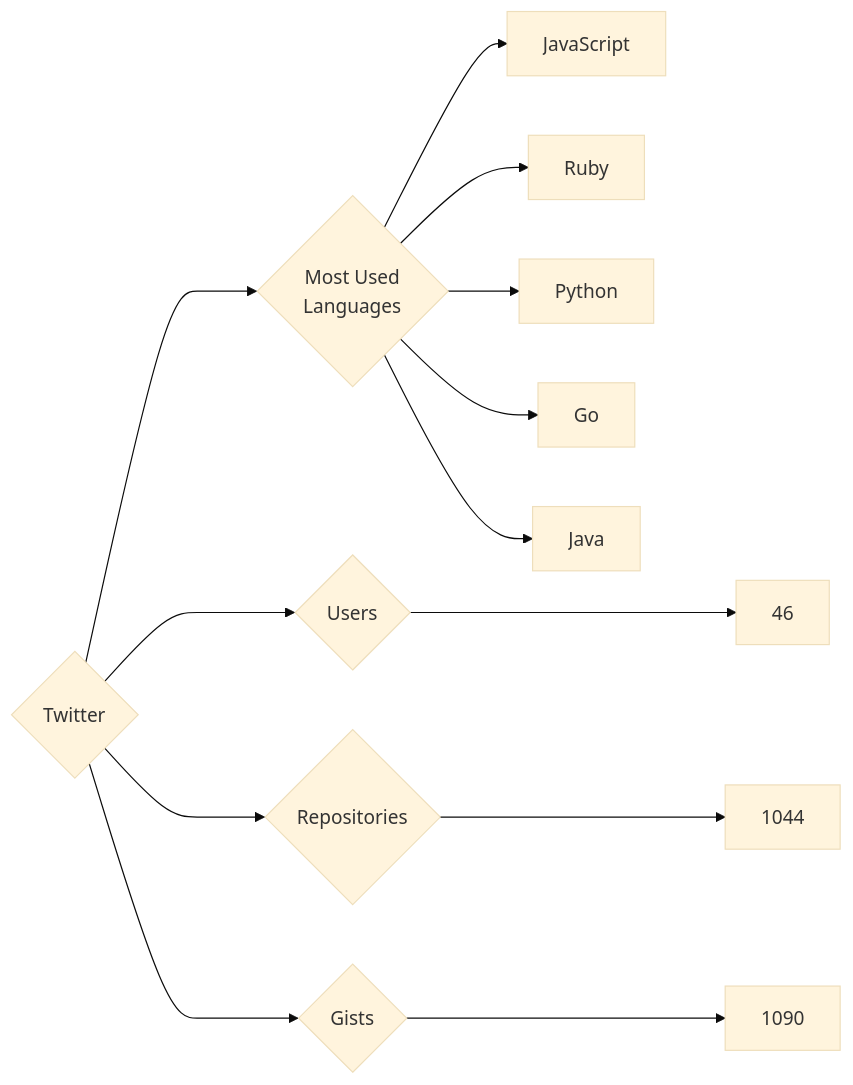
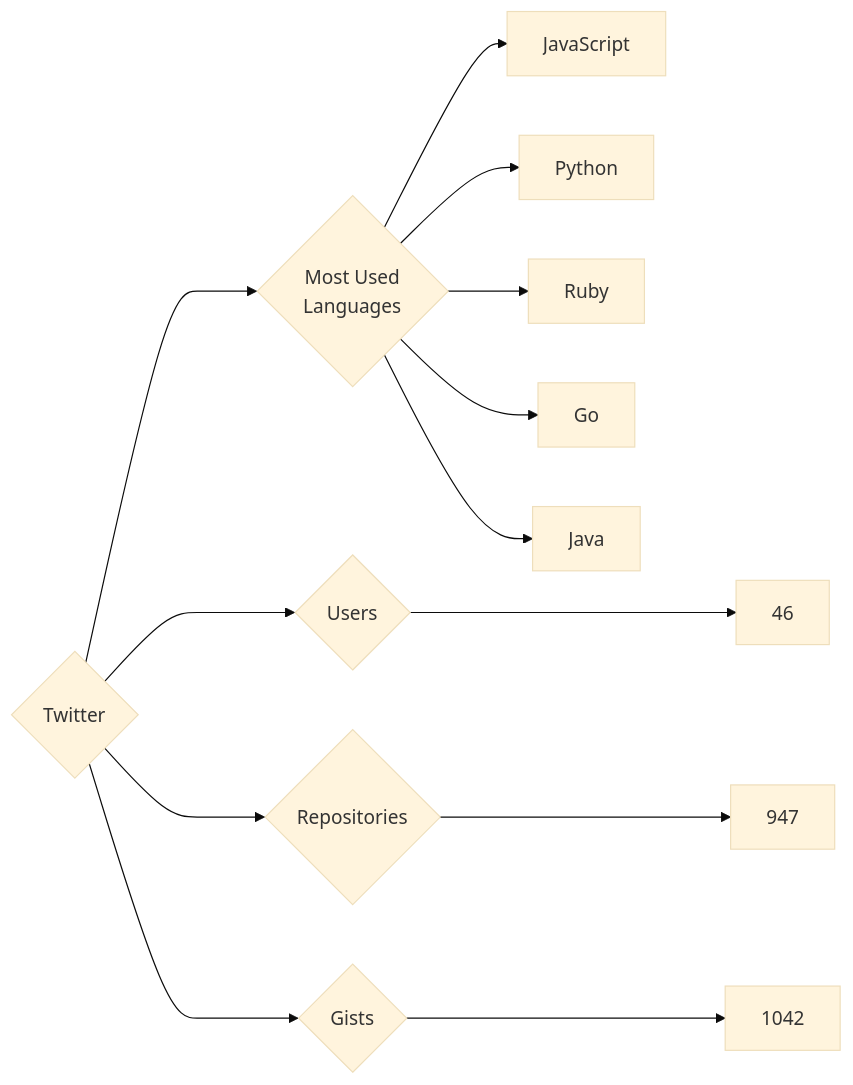
One commit to trickest/insiders changed the diagram in targets/Twitter/README.md. Above: the diagram before and after it, drawn with Mermaid (base theme). The commit also changed 928 other files, not shown here.

````diff
--- a/targets/Twitter/README.md
+++ b/targets/Twitter/README.md
@@ -3,13 +3,13 @@
 ```mermaid
 graph LR
 COMPANY_NAME{Twitter}
 COMPANY_NAME ---> U{Users} ---> UN[46]
-COMPANY_NAME ---> R{Repositories} ---> RN[1044]
-COMPANY_NAME ---> G{Gists} ---> GN[1090]
+COMPANY_NAME ---> R{Repositories} ---> RN[947]
+COMPANY_NAME ---> G{Gists} ---> GN[1042]
 COMPANY_NAME ---> ML{Most Used<br>Languages}
 ML --> JavaScript[JavaScript]
+ML --> Python[Python]
 ML --> Ruby[Ruby]
-ML --> Python[Python]
 ML --> Go[Go]
 ML --> Java[Java]
 ```
````
